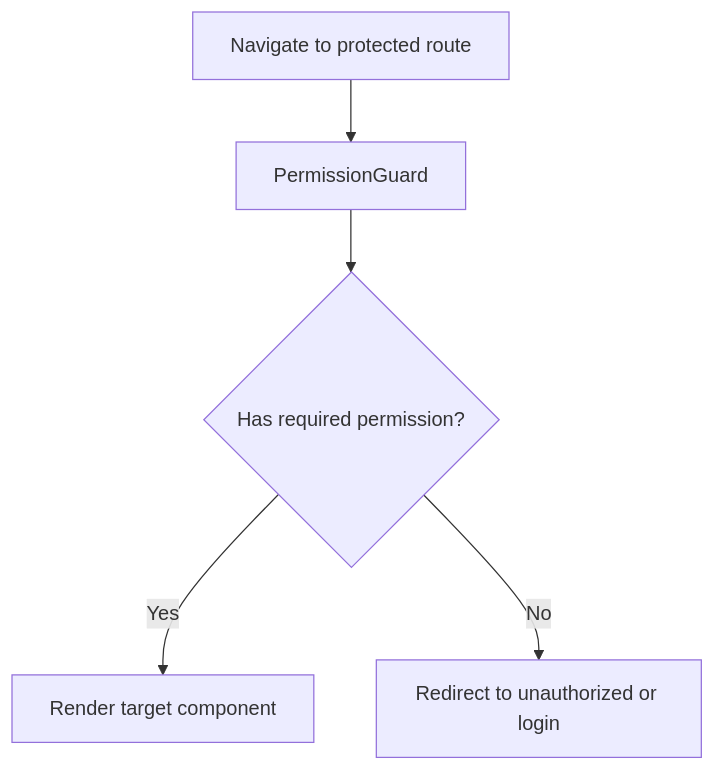
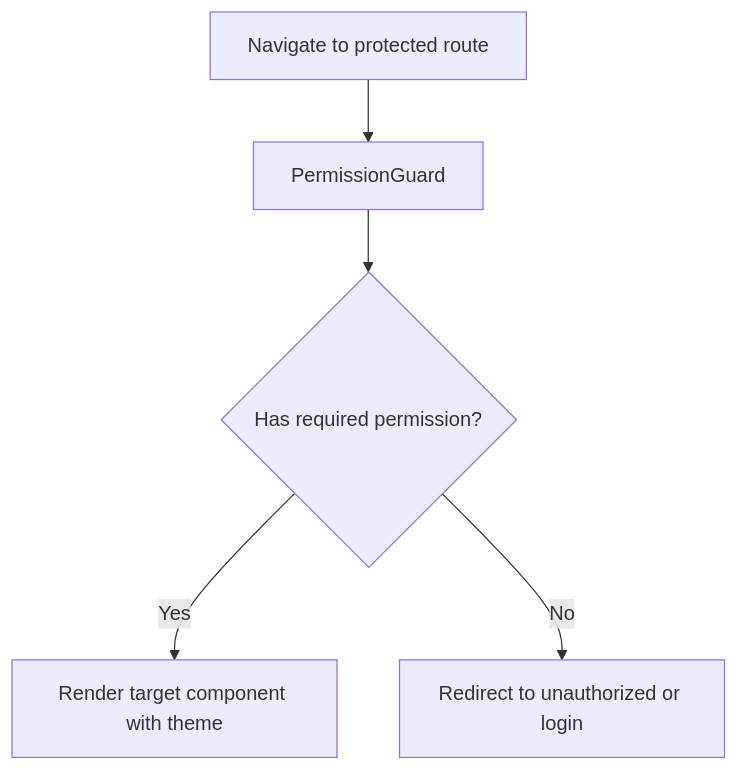
Before and after one commit to franckylab/eLISAschool: the sixth of 8 diagrams in .qoder/repowiki/en/content/System Architecture/Frontend Architecture/Component Architecture/Feature-Specific Components.md, drawn with Mermaid. The commit also changed other lines of this file and 79 other files, not shown here.

````diff
--- a/.qoder/repowiki/en/content/System Architecture/Frontend Architecture/Component Architecture/Feature-Specific Components.md
+++ b/.qoder/repowiki/en/content/System Architecture/Frontend Architecture/Component Architecture/Feature-Specific Components.md
@@ -306,7 +410,7 @@
 ```mermaid
 flowchart TD
 Enter["Navigate to protected route"] --> Guard["PermissionGuard"]
 Guard --> HasPerm{"Has required permission?"}
-HasPerm --> |Yes| Allow["Render target component"]
+HasPerm --> |Yes| Allow["Render target component with theme"]
 HasPerm --> |No| Deny["Redirect to unauthorized or login"]
 ```
````
